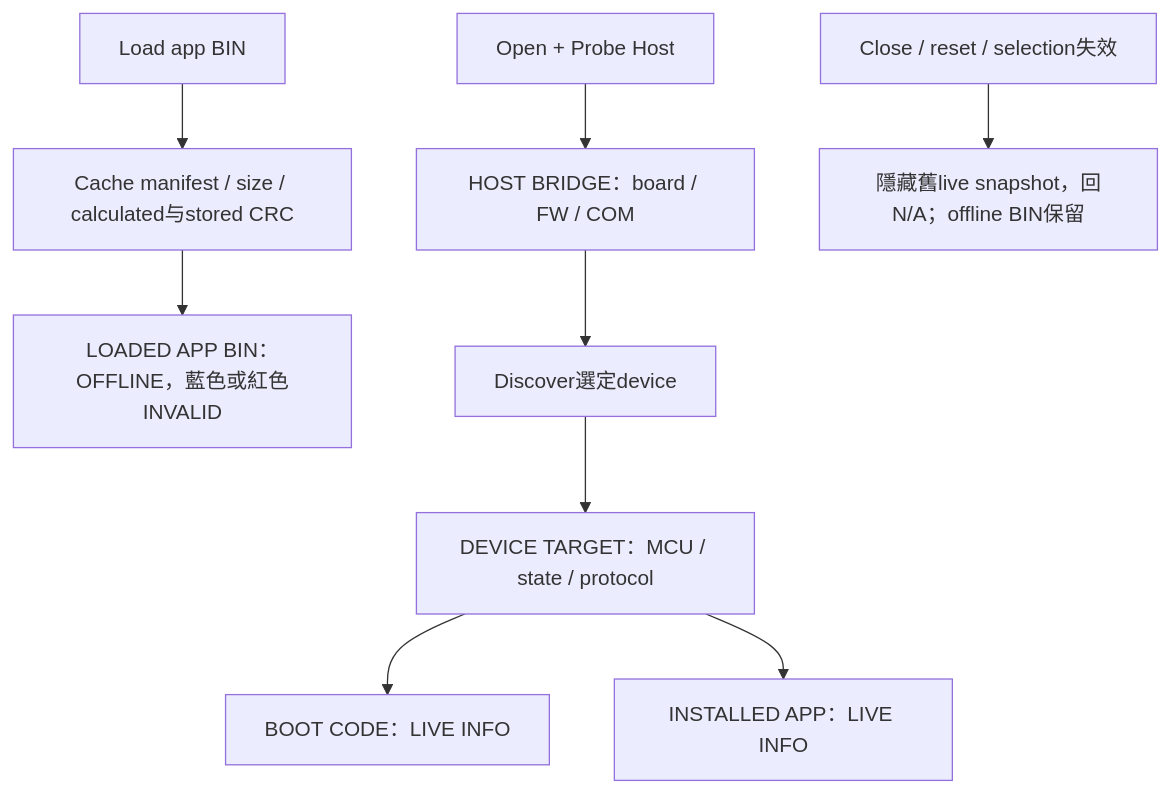
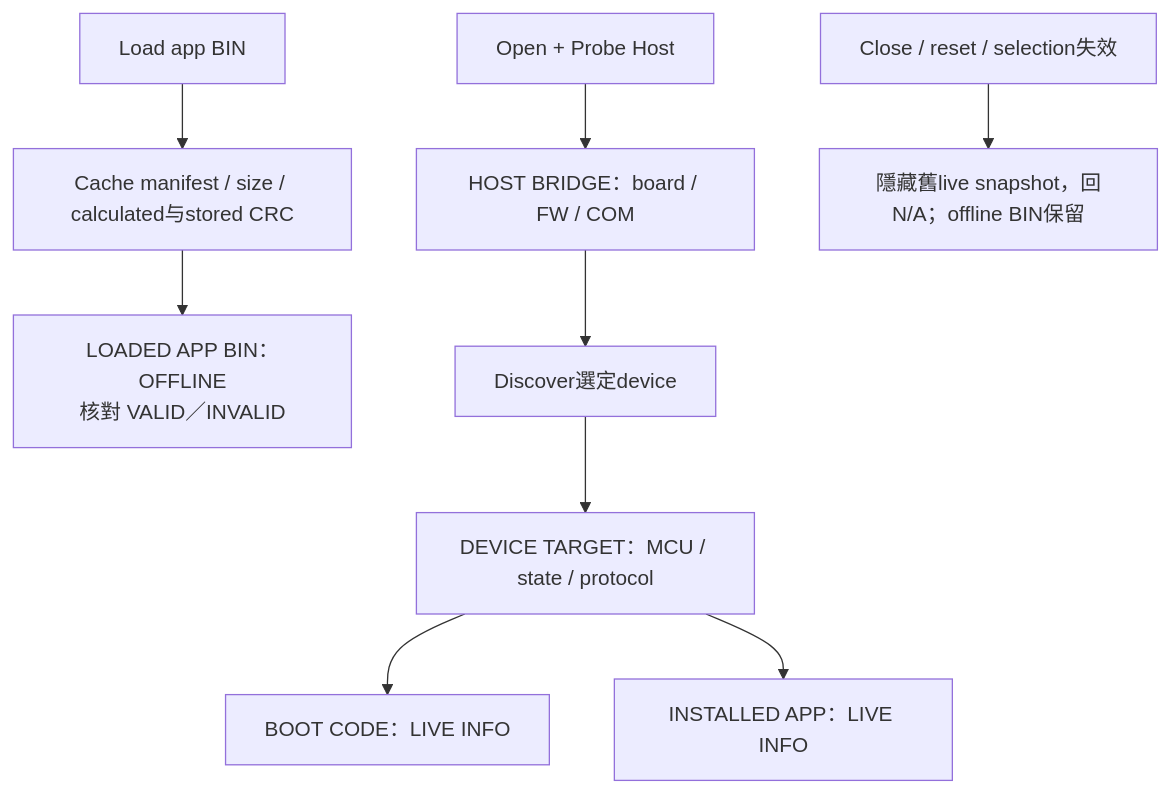
Before and after one commit to released/simple_renesas_isp_tool: the diagram in docs/UI_IDENTITY_GUIDE_zh-TW.md, drawn with Mermaid. The commit also changed other lines of this file and 52 other files, not shown here.

````diff
--- a/docs/UI_IDENTITY_GUIDE_zh-TW.md
+++ b/docs/UI_IDENTITY_GUIDE_zh-TW.md
@@ -34,11 +38,11 @@
 ```mermaid
 flowchart TD
     BIN["Load app BIN"] --> CHECK["Cache manifest / size / calculated与stored CRC"]
-    CHECK --> FILE["LOADED APP BIN：OFFLINE，藍色或紅色INVALID"]
+    CHECK --> FILE["LOADED APP BIN：OFFLINE<br/>核對 VALID／INVALID"]
     UART["Open + Probe Host"] --> HOST["HOST BRIDGE：board / FW / COM"]
     HOST --> DISC["Discover選定device"]
     DISC --> TARGET["DEVICE TARGET：MCU / state / protocol"]
     TARGET --> BOOT["BOOT CODE：LIVE INFO"]
     TARGET --> APP["INSTALLED APP：LIVE INFO"]
     CLOSE["Close / reset / selection失效"] --> NA["隱藏舊live snapshot，回N/A；offline BIN保留"]
 ```
````
